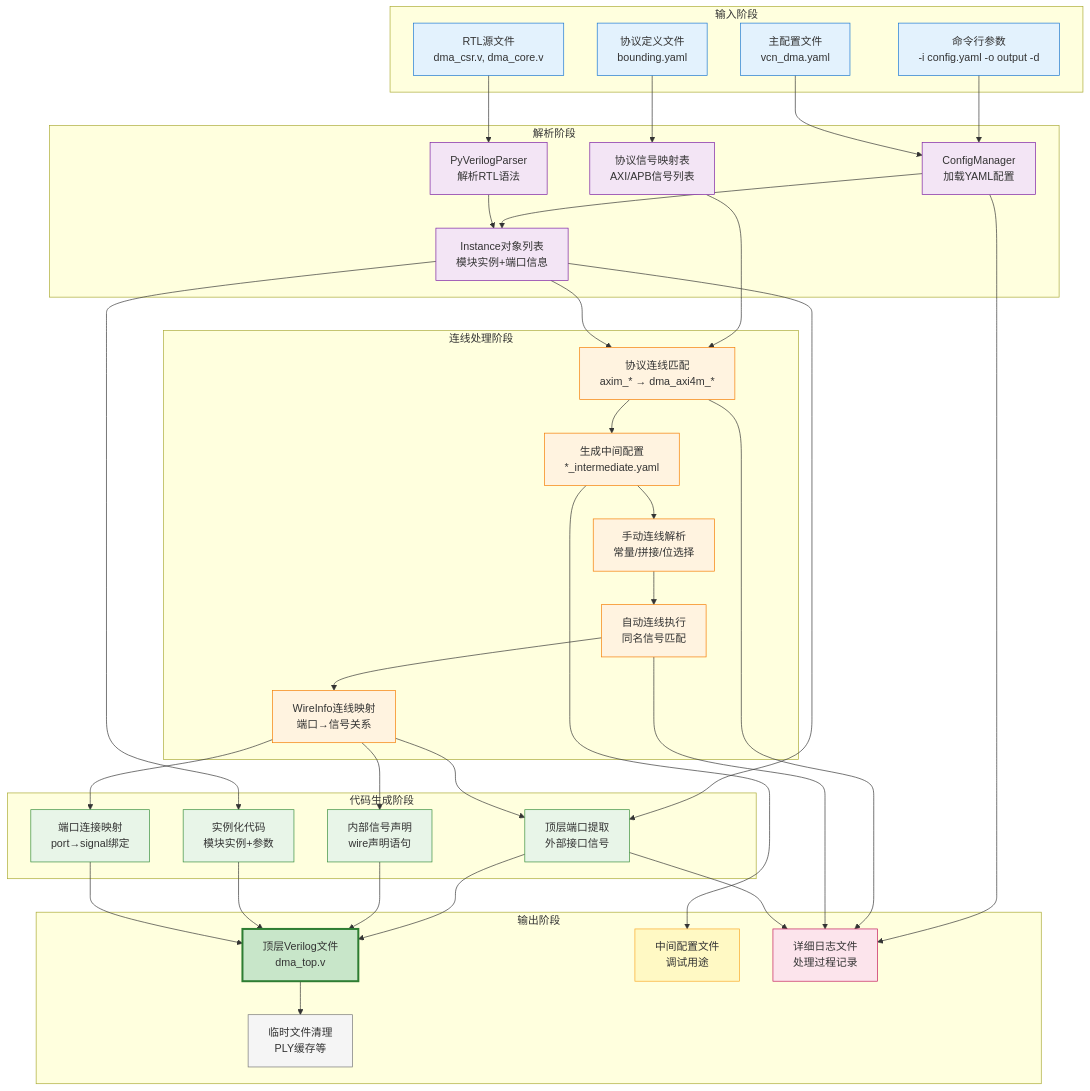
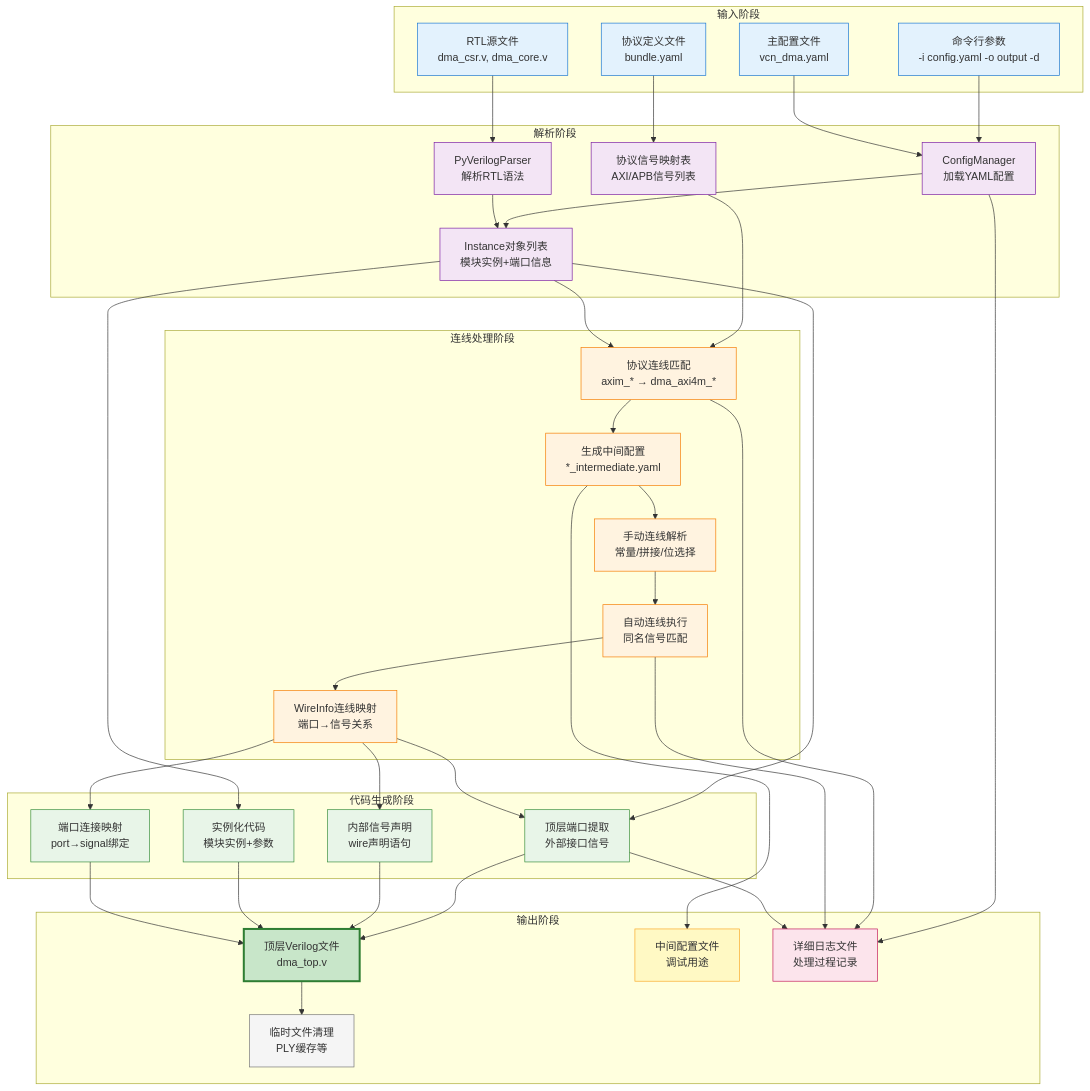
One commit to czz-zzc/autowire changed the third of 3 diagrams in README.md. Above: the diagram before and after it, drawn with Mermaid. The commit also changed other lines of this file and 17 other files, not shown here.

Commit message:
change bounding to bundle

```diff
--- a/README.md
+++ b/README.md
@@ -370,7 +370,7 @@
     subgraph "输入阶段"
         A1[命令行参数<br/>-i config.yaml -o output -d]
         A2[主配置文件<br/>vcn_dma.yaml]
-        A3[协议定义文件<br/>bounding.yaml]
+        A3[协议定义文件<br/>bundle.yaml]
         A4[RTL源文件<br/>dma_csr.v, dma_core.v]
     end
     
```
